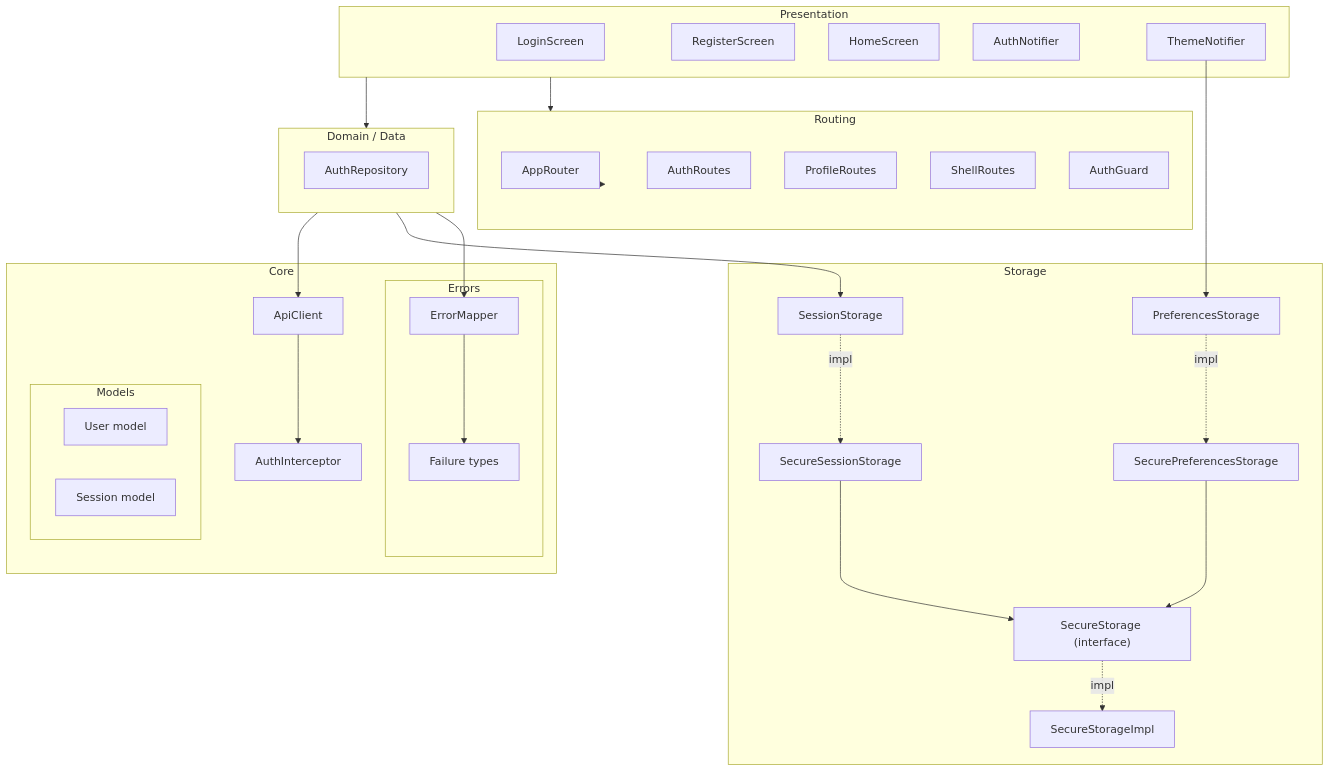
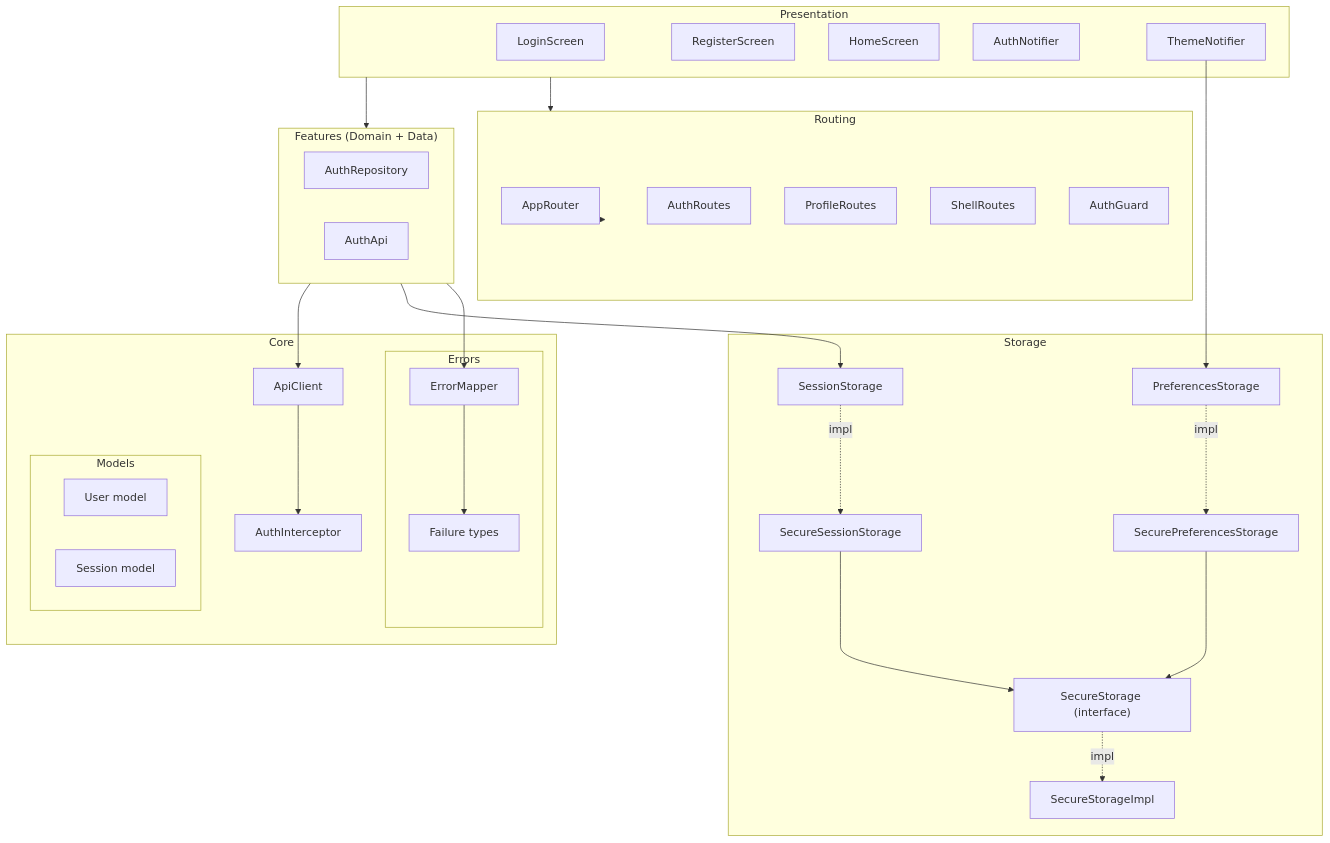
The second of 3 diagrams in README.md (batuyilmazer/flutter-frontend-boilerplate), drawn with Mermaid before and after one commit. The commit also changed other lines of this file and 5 other files, not shown here.

````diff
--- a/README.md
+++ b/README.md
@@ -20,62 +74,71 @@
 ```mermaid
 flowchart TB
+  %% Presentation layer
   subgraph presentation ["Presentation"]
     LoginScreen
     RegisterScreen
     HomeScreen
     AuthNotifier
     ThemeNotifier
   end
 
-  subgraph domain ["Domain / Data"]
+  %% Feature / domain + data layer
+  subgraph feature_layer ["Features (Domain + Data)"]
     AuthRepository
+    AuthApi
   end
 
+  %% Core infra
   subgraph core ["Core"]
     subgraph errors ["Errors"]
       ErrorMapper
       FailureTypes["Failure types"]
     end
     subgraph models ["Models"]
       UserModel["User model"]
       SessionModel["Session model"]
     end
     ApiClient
     AuthInterceptor
   end
 
+  %% Storage
   subgraph storage ["Storage"]
     SecureStorage["SecureStorage (interface)"]
     SecureStorageImpl["SecureStorageImpl"]
     SessionStorage["SessionStorage"]
     SecureSessionStorage["SecureSessionStorage"]
     PreferencesStorage["PreferencesStorage"]
     SecurePreferencesStorage["SecurePreferencesStorage"]
   end
 
+  %% Routing
   subgraph routing ["Routing"]
     AppRouter
     AuthRoutes
     ProfileRoutes
     ShellRoutes
     AuthGuard
   end
 
-  presentation --> domain
-  domain --> ApiClient
+  %% Dependency direction: A --> B means "A depends on / calls B"
+  presentation --> feature_layer
+  feature_layer --> ApiClient
+  feature_layer --> SessionStorage
+  feature_layer --> ErrorMapper
+
   ApiClient --> AuthInterceptor
-  domain --> SessionStorage
+
   SessionStorage -.impl.-> SecureSessionStorage
   SecureSessionStorage --> SecureStorage
   SecureStorage -.impl.-> SecureStorageImpl
 
   ThemeNotifier --> PreferencesStorage
   PreferencesStorage -.impl.-> SecurePreferencesStorage
   SecurePreferencesStorage --> SecureStorage
 
-  domain --> ErrorMapper
   ErrorMapper --> FailureTypes
 
   presentation --> routing
   routing --> AppRouter
 ```
````
